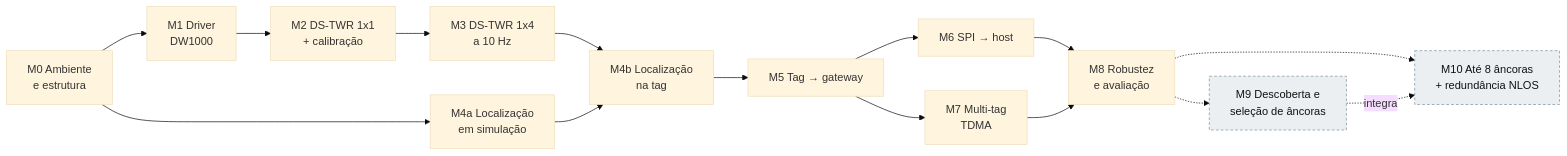
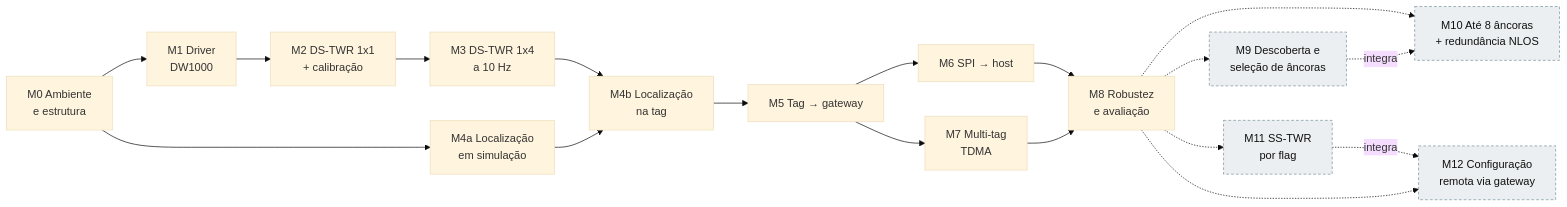
The second of 2 diagrams in docs/01-planejamento.md (MauroTony/dwm1001-rtls-fw), drawn with Mermaid (base theme) before and after one commit. The commit also changed other lines of this file and 5 other files, not shown here.

Commit message:
docs: plan optional SS-TWR mode and remote configuration via gateway (M11-M12)

````diff
--- a/docs/01-planejamento.md
+++ b/docs/01-planejamento.md
@@ -133,18 +138,21 @@
 ```mermaid
 flowchart LR
     M0[M0 Ambiente<br/>e estrutura] --> M1[M1 Driver<br/>DW1000]
     M1 --> M2[M2 DS-TWR 1x1<br/>+ calibração]
     M2 --> M3[M3 DS-TWR 1x4<br/>a 10 Hz]
     M0 --> M4s[M4a Localização<br/>em simulação]
     M3 --> M4[M4b Localização<br/>na tag]
     M4s --> M4
     M4 --> M5[M5 Tag → gateway]
     M5 --> M6[M6 SPI → host]
     M5 --> M7[M7 Multi-tag<br/>TDMA]
     M6 --> M8[M8 Robustez<br/>e avaliação]
     M7 --> M8
     M8 -.-> M9[M9 Descoberta e<br/>seleção de âncoras]:::opt
     M8 -.-> M10[M10 Até 8 âncoras<br/>+ redundância NLOS]:::opt
     M9 -. integra .-> M10
+    M8 -.-> M11[M11 SS-TWR<br/>por flag]:::opt
+    M11 -. integra .-> M12[M12 Configuração<br/>remota via gateway]:::opt
+    M8 -.-> M12
     classDef opt fill:#eceff1,stroke:#78909c,color:#111,stroke-dasharray:4 3
 ```
````
